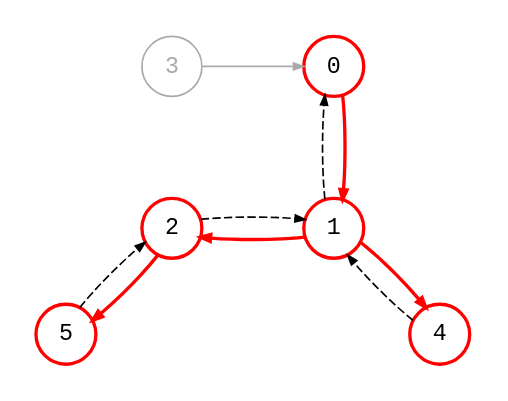
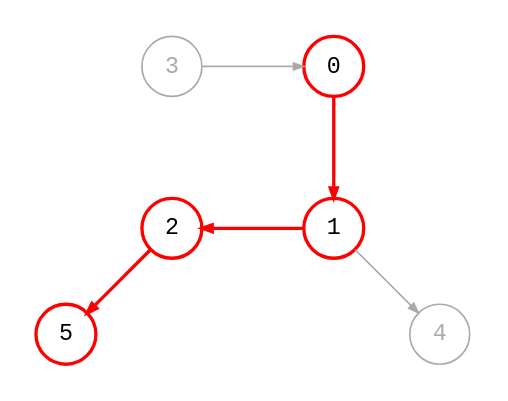
Before and after one commit to bsdrks/graaf-images: the diagram in src/bfs_pred_shortest_path_1.dot, drawn with Graphviz. The commit also changed 1 other file, not shown here.

```diff
--- a/src/bfs_pred_shortest_path_1.dot
+++ b/src/bfs_pred_shortest_path_1.dot
@@ -1,23 +1,21 @@
 digraph {
     node [shape=circle, fontname="monospace"];
     edge [arrowsize=0.6, fontname="monospace", fontsize=9];
     layout=circo;
     scale=1.0;
     normalize=true;
     pad=0.2;
     splines=line
 
     3 [color="#aaaaaa", fontcolor="#aaaaaa"];
-    0, 1, 2, 4, 5 [style=bold, color=red];
+    0, 1, 2 [style=bold, color=red];
+    4 [color="#aaaaaa", fontcolor="#aaaaaa"];
+    5 [style=bold, color=red];
 
     0 -> 1 [style=bold, color=red];
     3 -> 0 [color="#aaaaaa"];
     1 -> 2 [style=bold, color=red];
     2 -> 3 [style=invis];
-    1 -> 4 [style=bold, color=red];
+    1 -> 4 [color="#aaaaaa"];
     2 -> 5 [style=bold, color=red];
-    5 -> 2 [style=dashed];
-    2 -> 1 [style=dashed];
-    4 -> 1 [style=dashed];
-    1 -> 0 [style=dashed];
 }
```
